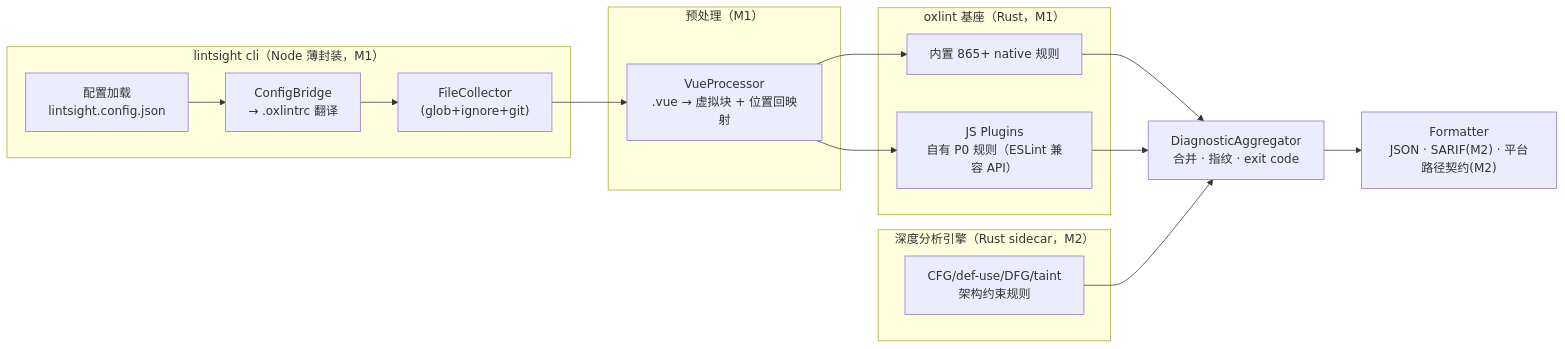
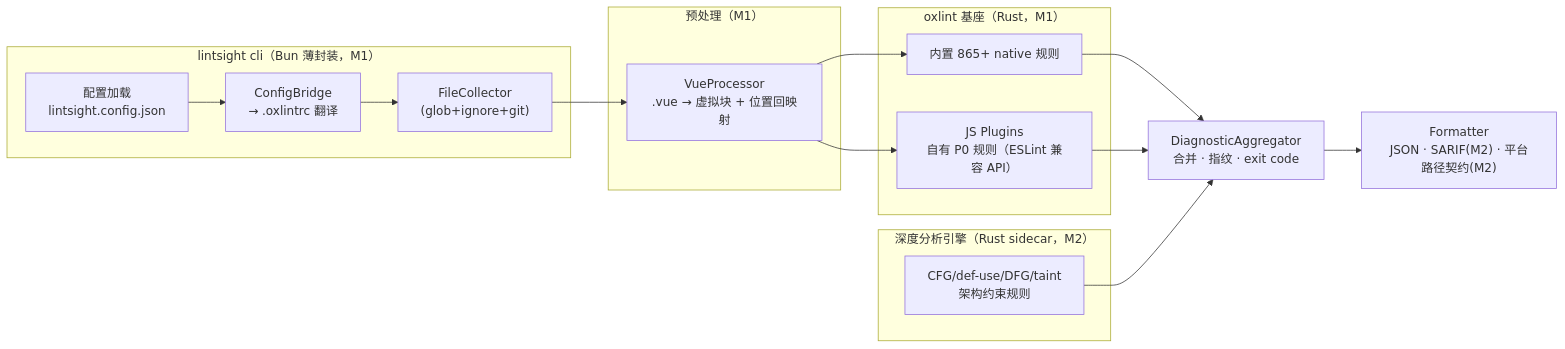
The fourth of 4 diagrams in docs/requirements/requirements-v0.2.md (belos-street/lintsight), drawn with Mermaid before and after one commit. The commit also changed other lines of this file and 5 other files, not shown here.

````diff
--- a/docs/requirements/requirements-v0.2.md
+++ b/docs/requirements/requirements-v0.2.md
@@ -607,24 +610,24 @@
 ```mermaid
 flowchart LR
-    subgraph CLI["lintsight cli（Node 薄封装，M1）"]
+    subgraph CLI["lintsight cli（Bun 薄封装，M1）"]
         ARG["配置加载<br/>lintsight.config.json"]
         TRANS["ConfigBridge<br/>→ .oxlintrc 翻译"]
         COLLECT["FileCollector<br/>(glob+ignore+git)"]
     end
     subgraph Pre["预处理（M1）"]
         VUE["VueProcessor<br/>.vue → 虚拟块 + 位置回映射"]
     end
     subgraph Ox["oxlint 基座（Rust，M1）"]
         NATIVE["内置 865+ native 规则"]
         JSPLUG["JS Plugins<br/>自有 P0 规则（ESLint 兼容 API）"]
     end
     subgraph Deep["深度分析引擎（Rust sidecar，M2）"]
         DEEPRULES["CFG/def-use/DFG/taint<br/>架构约束规则"]
     end
     AGG["DiagnosticAggregator<br/>合并 · 指纹 · exit code"]
     OUT["Formatter<br/>JSON · SARIF(M2) · 平台路径契约(M2)"]
 
     ARG --> TRANS --> COLLECT --> VUE
     VUE --> NATIVE & JSPLUG
     NATIVE & JSPLUG & DEEPRULES --> AGG --> OUT
 ```
````
